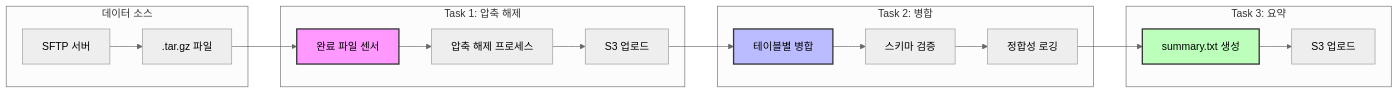
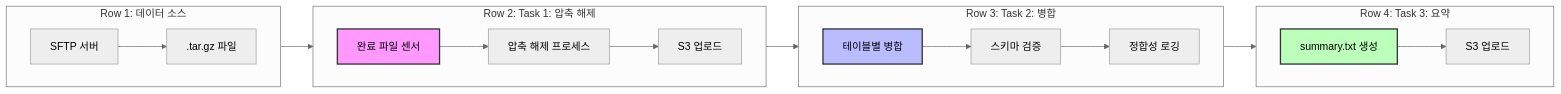
The sixth of 10 diagrams in _posts/2025-03-18-etl-pipeline.md (yeokyeong-yoon/yeokyeong-yoon.github.io), drawn with Mermaid (neutral theme) before and after one commit. The commit also changed other lines of this file, not shown here.

````diff
--- a/_posts/2025-03-18-etl-pipeline.md
+++ b/_posts/2025-03-18-etl-pipeline.md
@@ -245,38 +245,30 @@
 ```mermaid
 graph LR
-    subgraph "데이터 소스"
-        S1[SFTP 서버]
-        S2[.tar.gz 파일]
+    subgraph "Row 1: 데이터 소스"
+        direction LR
+        S1[SFTP 서버] --> S2[.tar.gz 파일]
     end
     
-    subgraph "Task 1: 압축 해제"
-        T1[완료 파일 센서]
-        T2[압축 해제 프로세스]
-        T3[S3 업로드]
+    subgraph "Row 2: Task 1: 압축 해제"
+        direction LR
+        T1[완료 파일 센서] --> T2[압축 해제 프로세스] --> T3[S3 업로드]
     end
     
-    subgraph "Task 2: 병합"
-        T4[테이블별 병합]
-        T5[스키마 검증]
-        T6[정합성 로깅]
+    subgraph "Row 3: Task 2: 병합"
+        direction LR
+        T4[테이블별 병합] --> T5[스키마 검증] --> T6[정합성 로깅]
     end
     
-    subgraph "Task 3: 요약"
-        T7[summary.txt 생성]
-        T8[S3 업로드]
+    subgraph "Row 4: Task 3: 요약"
+        direction LR
+        T7[summary.txt 생성] --> T8[S3 업로드]
     end
     
-    S1 --> S2
     S2 --> T1
-    T1 --> T2
-    T2 --> T3
     T3 --> T4
-    T4 --> T5
-    T5 --> T6
     T6 --> T7
-    T7 --> T8
     
     style T1 fill:#f9f,stroke:#333,stroke-width:2px
     style T4 fill:#bbf,stroke:#333,stroke-width:2px
     style T7 fill:#bfb,stroke:#333,stroke-width:2px
 ```
````
